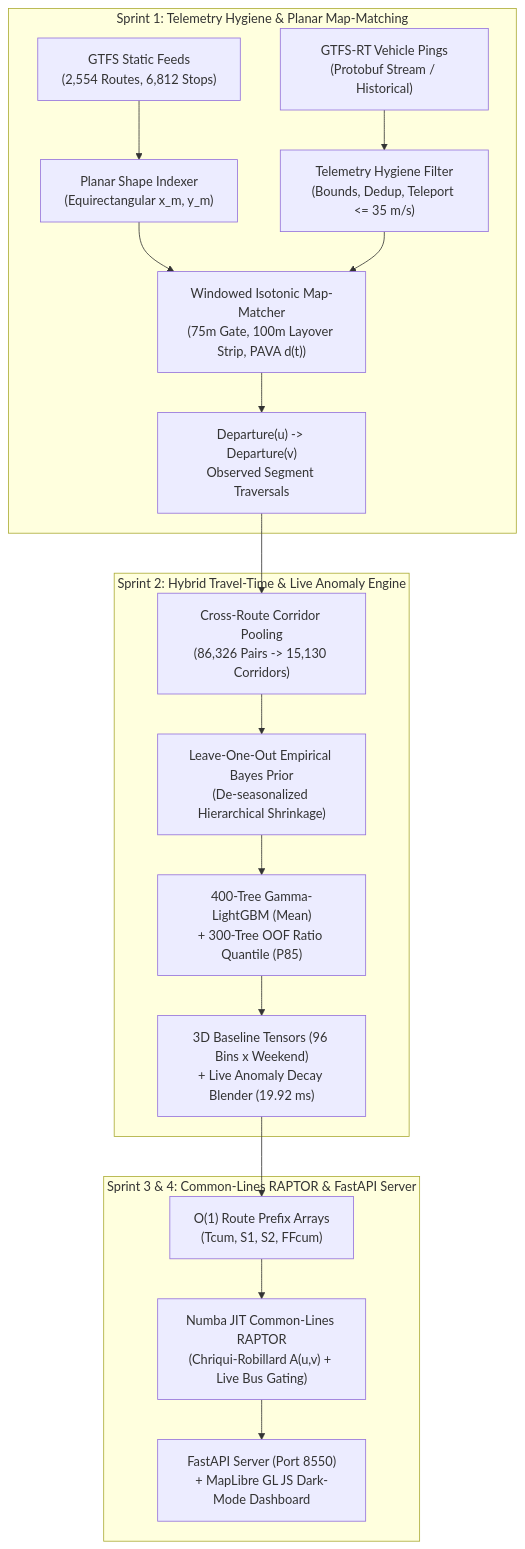
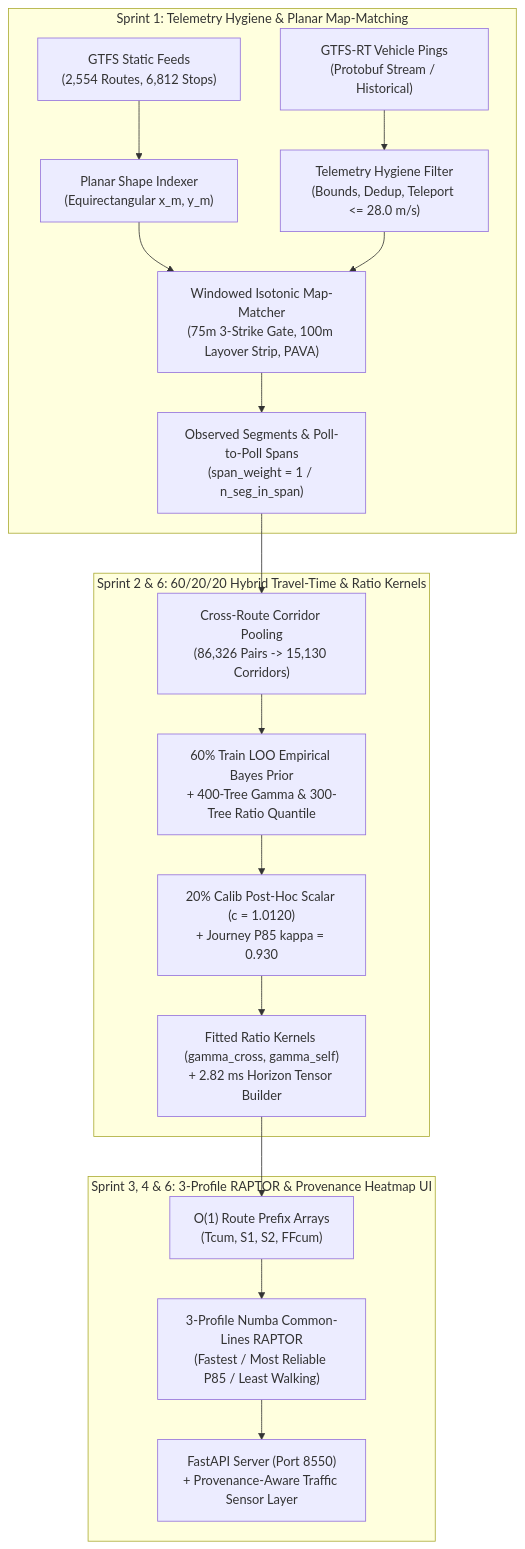
Before and after one commit to anshux1098/Delhi-Bus-Route: the diagram in README.md, drawn with Mermaid. The commit also changed other lines of this file and 8 other files, not shown here.

````diff
--- a/README.md
+++ b/README.md
@@ -62,22 +46,22 @@
 ```mermaid
 flowchart TD
     subgraph S1["Sprint 1: Telemetry Hygiene & Planar Map-Matching"]
         A["GTFS Static Feeds\n(2,554 Routes, 6,812 Stops)"] --> B["Planar Shape Indexer\n(Equirectangular x_m, y_m)"]
-        C["GTFS-RT Vehicle Pings\n(Protobuf Stream / Historical)"] --> D["Telemetry Hygiene Filter\n(Bounds, Dedup, Teleport <= 35 m/s)"]
-        B & D --> E["Windowed Isotonic Map-Matcher\n(75m Gate, 100m Layover Strip, PAVA d(t))"]
-        E --> F["Departure(u) -> Departure(v)\nObserved Segment Traversals"]
+        C["GTFS-RT Vehicle Pings\n(Protobuf Stream / Historical)"] --> D["Telemetry Hygiene Filter\n(Bounds, Dedup, Teleport <= 28.0 m/s)"]
+        B & D --> E["Windowed Isotonic Map-Matcher\n(75m 3-Strike Gate, 100m Layover Strip, PAVA)"]
+        E --> F["Observed Segments & Poll-to-Poll Spans\n(span_weight = 1 / n_seg_in_span)"]
     end
 
-    subgraph S2["Sprint 2: Hybrid Travel-Time & Live Anomaly Engine"]
+    subgraph S2["Sprint 2 & 6: 60/20/20 Hybrid Travel-Time & Ratio Kernels"]
         F --> G["Cross-Route Corridor Pooling\n(86,326 Pairs -> 15,130 Corridors)"]
-        G --> H["Leave-One-Out Empirical Bayes Prior\n(De-seasonalized Hierarchical Shrinkage)"]
-        H --> I["400-Tree Gamma-LightGBM (Mean)\n+ 300-Tree OOF Ratio Quantile (P85)"]
-        I --> J["3D Baseline Tensors (96 Bins x Weekend)\n+ Live Anomaly Decay Blender (19.92 ms)"]
+        G --> H["60% Train LOO Empirical Bayes Prior\n+ 400-Tree Gamma & 300-Tree Ratio Quantile"]
+        H --> I["20% Calib Post-Hoc Scalar (c = 1.0120)\n+ Journey P85 kappa = 0.930"]
+        I --> J["Fitted Ratio Kernels (gamma_cross, gamma_self)\n+ 2.82 ms Horizon Tensor Builder"]
     end
 
-    subgraph S3["Sprint 3 & 4: Common-Lines RAPTOR & FastAPI Server"]
+    subgraph S3["Sprint 3, 4 & 6: 3-Profile RAPTOR & Provenance Heatmap UI"]
         J --> K["O(1) Route Prefix Arrays\n(Tcum, S1, S2, FFcum)"]
-        K --> L["Numba JIT Common-Lines RAPTOR\n(Chriqui-Robillard A(u,v) + Live Bus Gating)"]
-        L --> M["FastAPI Server (Port 8550)\n+ MapLibre GL JS Dark-Mode Dashboard"]
+        K --> L["3-Profile Numba Common-Lines RAPTOR\n(Fastest / Most Reliable P85 / Least Walking)"]
+        L --> M["FastAPI Server (Port 8550)\n+ Provenance-Aware Traffic Sensor Layer"]
     end
 ```
````
